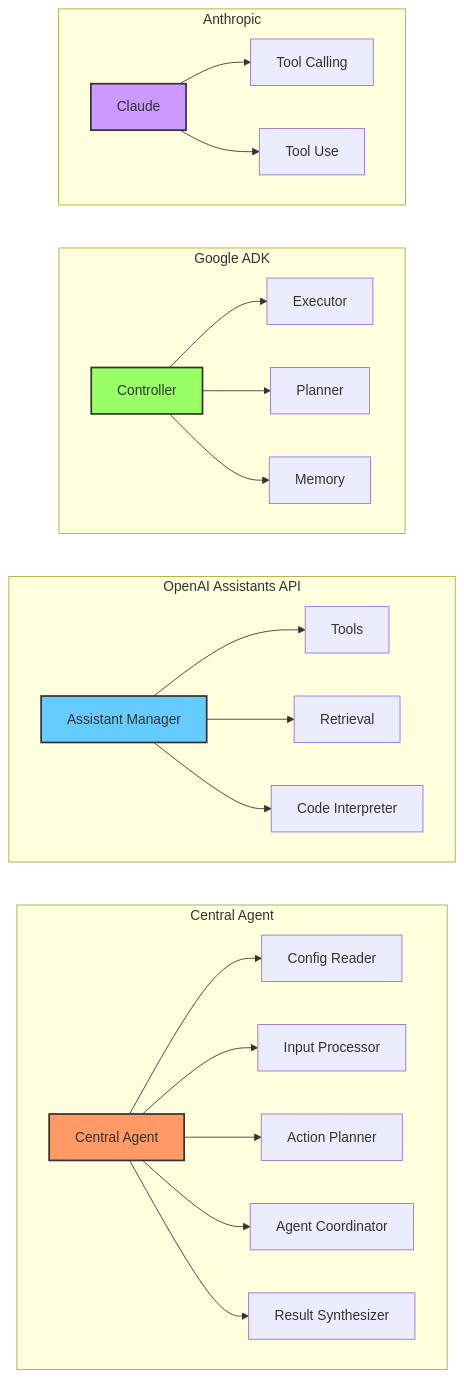
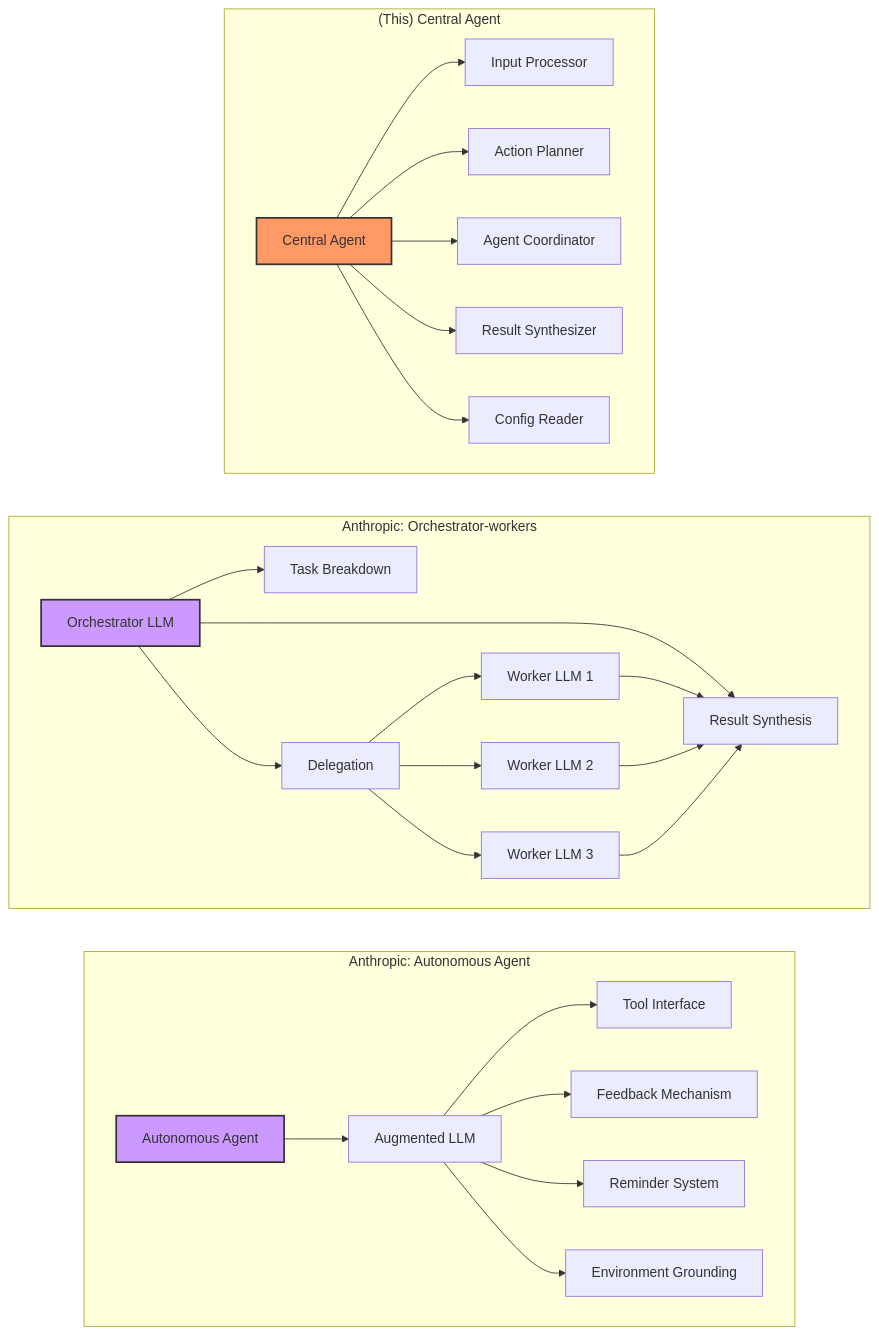
The tenth of 11 diagrams in docs/presentations/ai_agent_development_guide.md (phuc-nt/dev_assist_agent), drawn with Mermaid before and after one commit. The commit also changed other lines of this file, not shown here.

Commit message:
docs: cập nhật cấu trúc tài liệu và chi tiết về kiến trúc Anthropic

````diff
--- a/docs/presentations/ai_agent_development_guide.md
+++ b/docs/presentations/ai_agent_development_guide.md
@@ -553,36 +458,37 @@
 ```mermaid
 graph LR
-    subgraph "Central Agent"
+    subgraph "Anthropic: Autonomous Agent"
         direction LR
-        CA[Central Agent] --> PCR[Config Reader]
-        CA --> IP[Input Processor]
-        CA --> AP[Action Planner]
-        CA --> AC[Agent Coordinator]
-        CA --> RS[Result Synthesizer]
+        AA[Autonomous Agent] --> LLM[Augmented LLM]
+        LLM --> TI[Tool Interface]
+        LLM --> FM[Feedback Mechanism]
+        LLM --> RM[Reminder System]
+        LLM --> EG[Environment Grounding]
     end
     
-    subgraph "OpenAI Assistants API"
+    subgraph "Anthropic: Orchestrator-workers"
         direction LR
-        AM[Assistant Manager] --> T[Tools]
-        AM --> R[Retrieval]
-        AM --> C[Code Interpreter]
+        ORC[Orchestrator LLM] --> TB[Task Breakdown]
+        ORC --> DEL[Delegation]
+        ORC --> SYN[Result Synthesis]
+        DEL --> W1[Worker LLM 1]
+        DEL --> W2[Worker LLM 2]
+        DEL --> W3[Worker LLM 3]
+        W1 --> SYN
+        W2 --> SYN
+        W3 --> SYN
     end
-    
-    subgraph "Google ADK"
+
+    subgraph "(This) Central Agent"
         direction LR
-        CD[Controller] --> E[Executor]
-        CD --> P[Planner]
-        CD --> M[Memory]
-    end
-    
-    subgraph "Anthropic"
-        direction LR
-        CL[Claude] --> TC[Tool Calling]
-        CL --> TU[Tool Use]
+        CA[Central Agent] --> IP[Input Processor]
+        CA --> AP[Action Planner]
+        CA --> AC[Agent Coordinator] 
+        CA --> RS[Result Synthesizer]
+        CA --> PCR[Config Reader]
     end
     
     style CA fill:#f96,stroke:#333,stroke-width:2px
-    style AM fill:#6cf,stroke:#333,stroke-width:2px
-    style CD fill:#9f6,stroke:#333,stroke-width:2px
-    style CL fill:#c9f,stroke:#333,stroke-width:2px
+    style ORC fill:#c9f,stroke:#333,stroke-width:2px
+    style AA fill:#c9f,stroke:#333,stroke-width:2px
 ```
````
